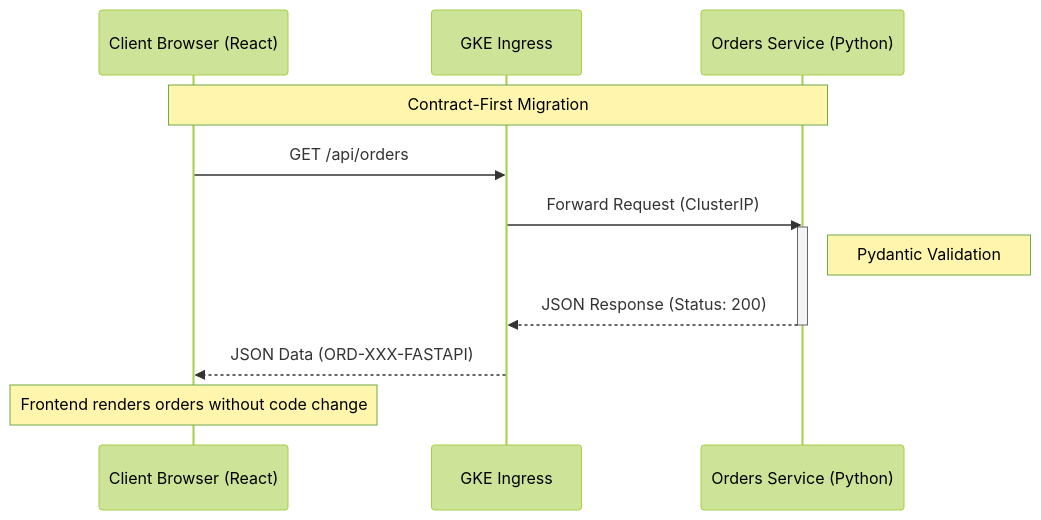
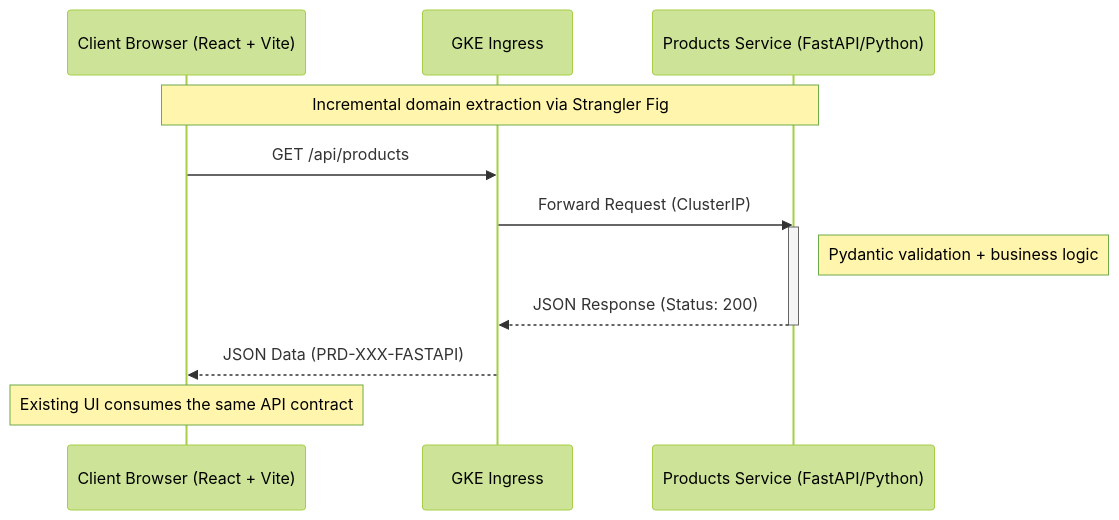
One commit to razackou/gke-strangler-fig-architecture changed the first of 4 diagrams in README.md. Above: the diagram before and after it, drawn with Mermaid (forest theme). The commit also changed other lines of this file and 1 other file, not shown here.

Commit message:
adding diagrams to README

````diff
--- a/README.md
+++ b/README.md
@@ -92,20 +96,20 @@
 ```mermaid
 sequenceDiagram
-    participant Browser as Client Browser (React)
+    participant Browser as Client Browser (React + Vite)
     participant Ingress as GKE Ingress
-    participant FastAPI as Orders Service (Python)
-    
-    Note over Browser, FastAPI: Contract-First Migration
-    
-    Browser->>Ingress: GET /api/orders
+    participant FastAPI as Products Service (FastAPI/Python)
+
+    Note over Browser, FastAPI: Incremental domain extraction via Strangler Fig
+
+    Browser->>Ingress: GET /api/products
     Ingress->>FastAPI: Forward Request (ClusterIP)
-    
+
     activate FastAPI
-    Note right of FastAPI: Pydantic Validation
+    Note right of FastAPI: Pydantic validation + business logic
     FastAPI-->>Ingress: JSON Response (Status: 200)
     deactivate FastAPI
-    
-    Ingress-->>Browser: JSON Data (ORD-XXX-FASTAPI)
-    
-    Note over Browser: Frontend renders orders without code change
+
+    Ingress-->>Browser: JSON Data (PRD-XXX-FASTAPI)
+
+    Note over Browser: Existing UI consumes the same API contract
 ```
````
